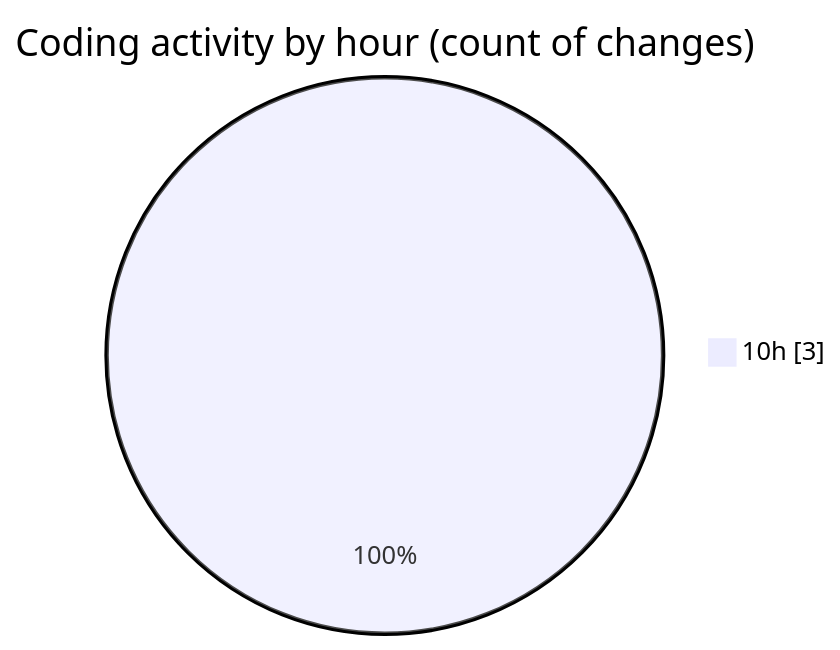
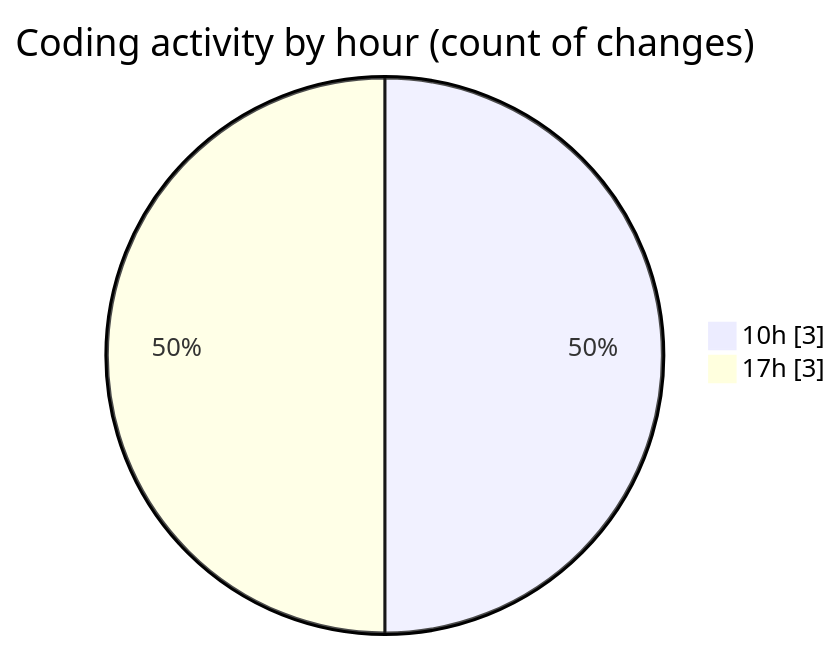
The second of 2 diagrams in 2025-02-16/optional_codings/README.md (NitaiMahat/code-tracking), drawn with Mermaid before and after one commit. The commit also changed other lines of this file and 1 other file, not shown here.

````diff
--- a/2025-02-16/optional_codings/README.md
+++ b/2025-02-16/optional_codings/README.md
@@ -28,5 +29,6 @@
 ```mermaid
 pie showData
 title Coding activity by hour (count of changes)
 "10h" : 3
+"17h" : 3
 ```
````
